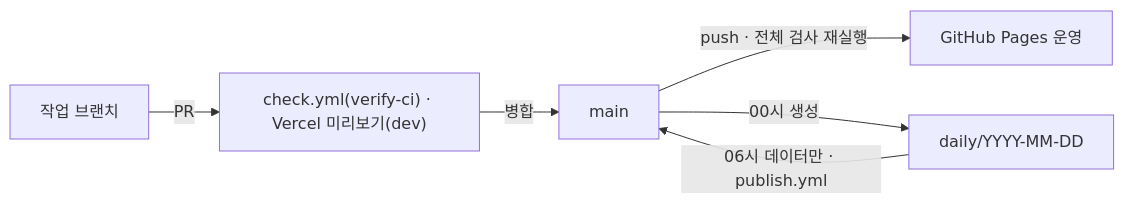
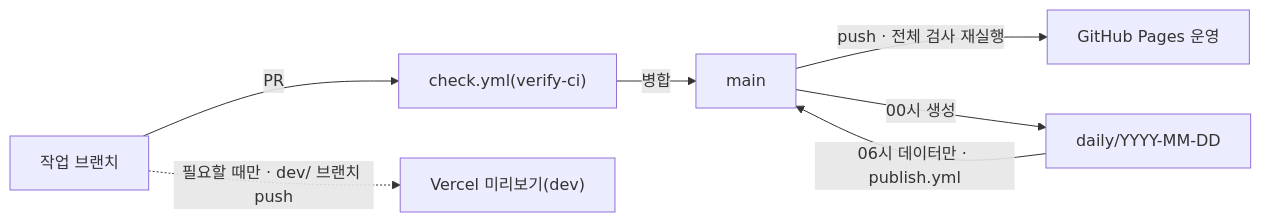
The diagram in project/docs/dev/branches.md (MinsangKwak/korea-jogan), drawn with Mermaid before and after one commit. The commit also changed other lines of this file and 7 other files, not shown here.

First line of the commit message:
ci(infra): Vercel 미리보기(dev)를 기본 절차에서 빼고 필요할 때만 실행 (#146)

````diff
--- a/project/docs/dev/branches.md
+++ b/project/docs/dev/branches.md
@@ -17,8 +18,9 @@
 ```mermaid
 flowchart LR
-    F["작업 브랜치"] -->|"PR"| P["check.yml(verify-ci) · Vercel 미리보기(dev)"]
+    F["작업 브랜치"] -->|"PR"| P["check.yml(verify-ci)"]
     P -->|"병합"| M["main"]
+    F -.->|"필요할 때만 · dev/ 브랜치 push"| V["Vercel 미리보기(dev)"]
     M -->|"push · 전체 검사 재실행"| G["GitHub Pages 운영"]
     M -->|"00시 생성"| Y["daily/YYYY-MM-DD"]
     Y -->|"06시 데이터만 · publish.yml"| M
 ```
````
